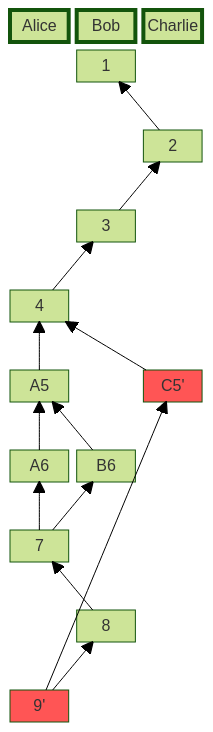
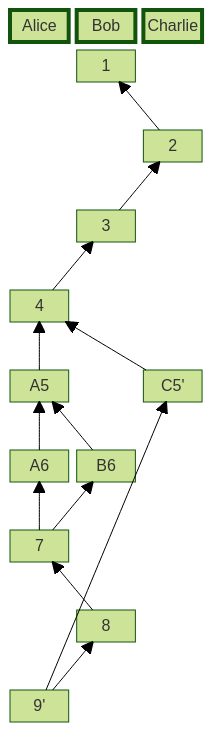
One commit to 1iolabs/cokit changed the first of 3 diagrams in docs/src/reference/log.md. Above: the diagram before and after it, drawn with Mermaid (forest theme). The commit also changed other lines of this file and 2 other files, not shown here.

Commit message:
docs: improved diagram styling

````diff
--- a/docs/src/reference/log.md
+++ b/docs/src/reference/log.md
@@ -37,44 +37,44 @@
 ```mermaid
 block-beta
 columns 3
 	Alice
 	Bob
 	Charlie
 	space 1     space
 	space:3
 	space space 2
 	space:3
 	space 3     space
 	space:3
 	4     space space
 	space:3
 	A5    space C5["C5'"]
 	space:3
 	A6    B6    space
 	space:3
 	7     space space
 	space:3
 	space 8     space
 	space:3
 	9["9'"] space space
 
 	2 --> 1
 	3 --> 2
 	4 --> 3
 	A5 --> 4
 	C5 --> 4
 	A6 --> A5
 	B6 --> A5
 	7 --> A6
 	7 --> B6
 	8 --> 7
 	9 --> 8
 	9 --> C5
 
 	style Alice stroke-width:4px
 	style Bob stroke-width:4px
 	style Charlie stroke-width:4px
 
-	style 9 fill:#f55
-	style C5 fill:#f55
+	class 9 highlight
+	class C5 highlight
 ```
````
